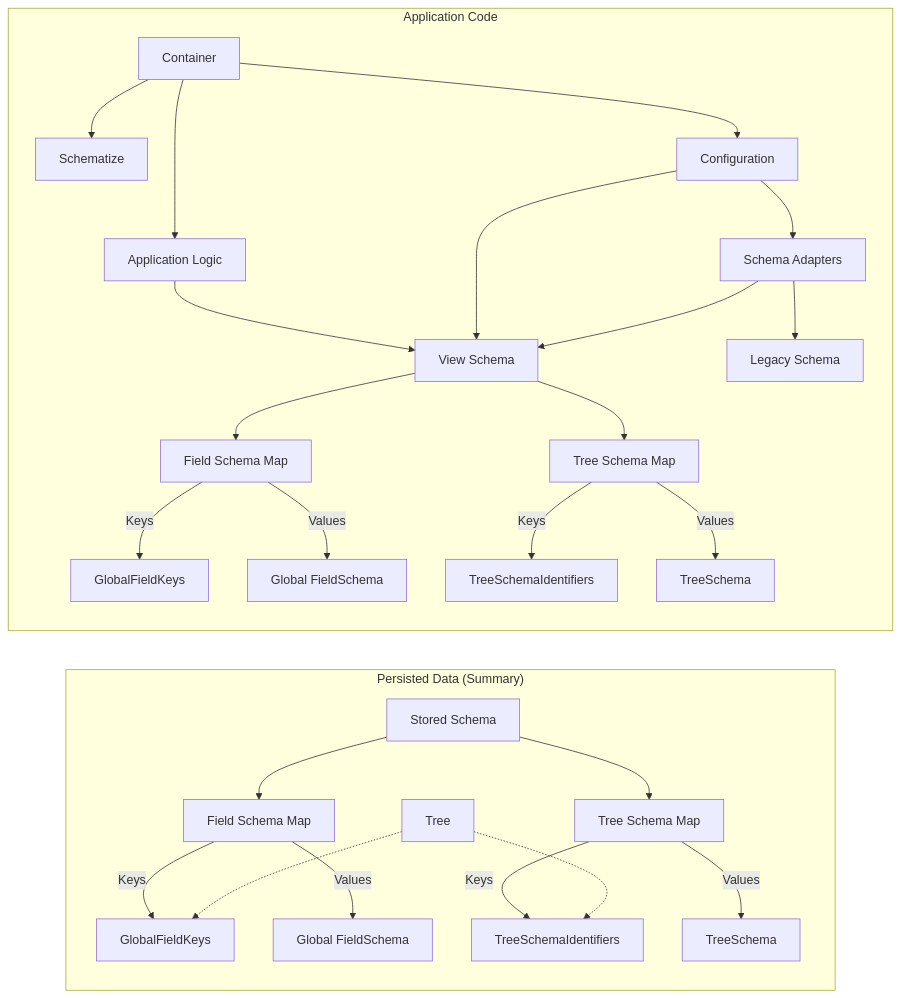
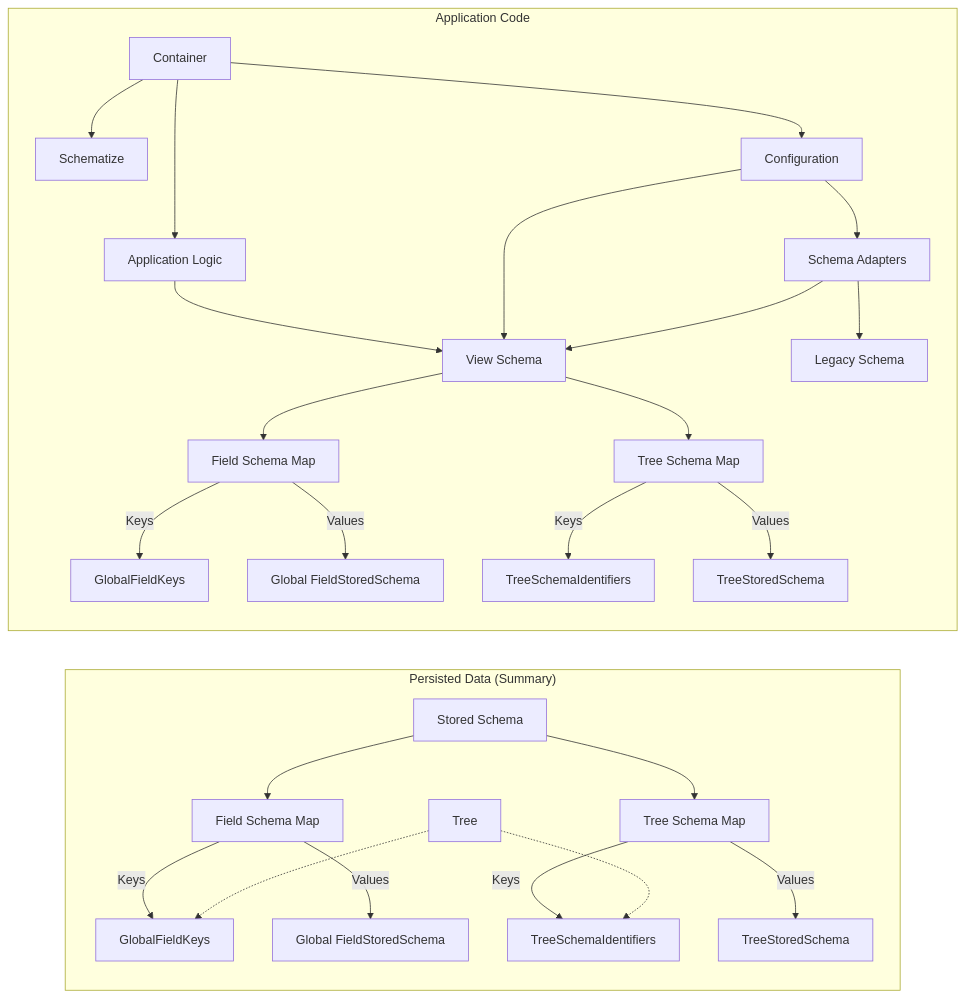
Before and after one commit to microsoft/FluidFramework: the diagram in experimental/dds/tree2/src/core/schema-stored/Stored and View Schema.md, drawn with Mermaid. The commit also changed other lines of this file and 43 other files, not shown here.

````diff
--- a/experimental/dds/tree2/src/core/schema-stored/Stored and View Schema.md
+++ b/experimental/dds/tree2/src/core/schema-stored/Stored and View Schema.md
@@ -8,32 +8,32 @@
 ```mermaid
 graph LR;
     subgraph "Persisted Data (Summary)"
         stored[Stored Schema]
         stored-->fieldMap["Field Schema Map"]
         fieldMap--Keys-->GlobalFieldKeys
-        fieldMap--Values-->FieldSchema["Global FieldSchema"]
+        fieldMap--Values-->FieldStoredSchema["Global FieldStoredSchema"]
         stored-->treeMap["Tree Schema Map"]
         treeMap--Keys-->TreeSchemaIdentifiers
-        treeMap--Values-->TreeSchema
+        treeMap--Values-->TreeStoredSchema
         tree[Tree]
         tree-.->TreeSchemaIdentifiers
         tree-.->GlobalFieldKeys
     end
     subgraph "Application Code"
         init["Container"]-->app
         init-->Schematize
         init-->Configuration
         Configuration-->Adapters["Schema Adapters"]-->view
         Adapters-->legacy["Legacy Schema"]
         Configuration-->view
         app["Application Logic"]
         app-->view
         view["View Schema"]
         view-->vfieldMap["Field Schema Map"]
         vfieldMap--Keys-->vGlobalFieldKeys["GlobalFieldKeys"]
-        vfieldMap--Values-->vFieldSchema["Global FieldSchema"]
+        vfieldMap--Values-->vFieldSchema["Global FieldStoredSchema"]
         view-->vtreeMap["Tree Schema Map"]
         vtreeMap--Keys-->vTreeSchemaIdentifiers["TreeSchemaIdentifiers"]
-        vtreeMap--Values-->vTreeSchema["TreeSchema"]
+        vtreeMap--Values-->vTreeSchema["TreeStoredSchema"]
     end
 ```
````
